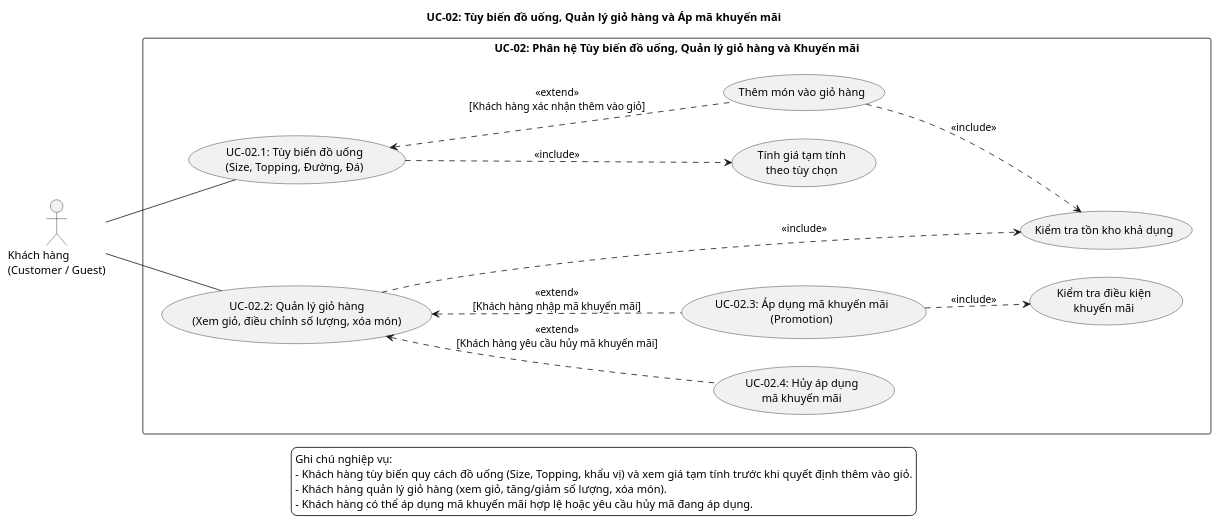
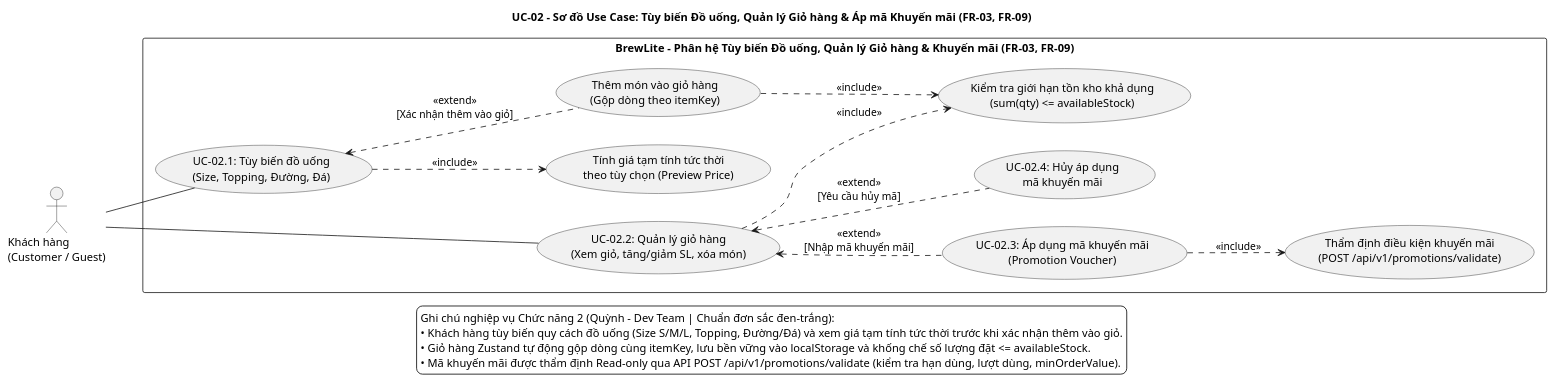
The diagram in docs/diagrams/uc-02-cart-promotion.puml (SamuiSang/brewlite2), drawn with PlantUML before and after one commit. The commit also changed 13 other files, not shown here.

Commit message:
docs(task1.2-1.3): unify SRS & Use Case specs for all 6 modules and standardize monochrome SVG diagrams

```diff
--- a/docs/diagrams/uc-02-cart-promotion.puml
+++ b/docs/diagrams/uc-02-cart-promotion.puml
@@ -1,51 +1,45 @@
 @startuml uc-02-cart-promotion
+title UC-02 - Sơ đồ Use Case: Tùy biến Đồ uống, Quản lý Giỏ hàng & Áp mã Khuyến mãi (FR-03, FR-09)
+
 left to right direction
 skinparam monochrome true
 skinparam shadowing false
-skinparam defaultFontName SansSerif
+skinparam defaultFontName "Segoe UI", "Arial", sans-serif
 skinparam backgroundColor white
 skinparam packageStyle rectangle
 
-title UC-02: Tùy biến đồ uống, Quản lý giỏ hàng và Áp mã khuyến mãi
-
 actor "Khách hàng\n(Customer / Guest)" as Customer
 
-rectangle "UC-02: Phân hệ Tùy biến đồ uống, Quản lý giỏ hàng và Khuyến mãi" {
-  together {
-    usecase "UC-02.1: Tùy biến đồ uống\n(Size, Topping, Đường, Đá)" as UC_Customize
-    usecase "Tính giá tạm tính\ntheo tùy chọn" as UC_CalcPrice
-    usecase "Thêm món vào giỏ hàng" as UC_AddToCart
-  }
-  
-  together {
-    usecase "UC-02.2: Quản lý giỏ hàng\n(Xem giỏ, điều chỉnh số lượng, xóa món)" as UC_ManageCart
-    usecase "UC-02.4: Hủy áp dụng\nmã khuyến mãi" as UC_RemovePromo
-    usecase "UC-02.3: Áp dụng mã khuyến mãi\n(Promotion)" as UC_ApplyPromo
-  }
-  
-  together {
-    usecase "Kiểm tra tồn kho khả dụng" as UC_CheckStock
-    usecase "Kiểm tra điều kiện\nkhuyến mãi" as UC_ValidatePromo
-  }
+rectangle "BrewLite - Phân hệ Tùy biến Đồ uống, Quản lý Giỏ hàng & Khuyến mãi (FR-03, FR-09)" {
+  usecase "UC-02.1: Tùy biến đồ uống\n(Size, Topping, Đường, Đá)" as UC_Customize
+  usecase "Tính giá tạm tính tức thời\ntheo tùy chọn (Preview Price)" as UC_CalcPrice
+  usecase "Thêm món vào giỏ hàng\n(Gộp dòng theo itemKey)" as UC_AddToCart
+
+  usecase "UC-02.2: Quản lý giỏ hàng\n(Xem giỏ, tăng/giảm SL, xóa món)" as UC_ManageCart
+  usecase "UC-02.3: Áp dụng mã khuyến mãi\n(Promotion Voucher)" as UC_ApplyPromo
+  usecase "UC-02.4: Hủy áp dụng\nmã khuyến mãi" as UC_RemovePromo
+
+  usecase "Kiểm tra giới hạn tồn kho khả dụng\n(sum(qty) <= availableStock)" as UC_CheckStock
+  usecase "Thẩm định điều kiện khuyến mãi\n(POST /api/v1/promotions/validate)" as UC_ValidatePromo
 
   Customer -- UC_Customize
   Customer -- UC_ManageCart
 
   UC_Customize ..> UC_CalcPrice : <<include>>
-  UC_Customize <.. UC_AddToCart : <<extend>>\n[Khách hàng xác nhận thêm vào giỏ]
+  UC_Customize <.. UC_AddToCart : <<extend>>\n[Xác nhận thêm vào giỏ]
   UC_AddToCart ..> UC_CheckStock : <<include>>
 
   UC_ManageCart ..> UC_CheckStock : <<include>>
-  UC_ManageCart <.. UC_RemovePromo : <<extend>>\n[Khách hàng yêu cầu hủy mã khuyến mãi]
-  UC_ManageCart <.. UC_ApplyPromo : <<extend>>\n[Khách hàng nhập mã khuyến mãi]
-  
+  UC_ManageCart <.. UC_ApplyPromo : <<extend>>\n[Nhập mã khuyến mãi]
+  UC_ManageCart <.. UC_RemovePromo : <<extend>>\n[Yêu cầu hủy mã]
+
   UC_ApplyPromo ..> UC_ValidatePromo : <<include>>
 }
 
 legend bottom
-  Ghi chú nghiệp vụ:
-  - Khách hàng tùy biến quy cách đồ uống (Size, Topping, khẩu vị) và xem giá tạm tính trước khi quyết định thêm vào giỏ.
-  - Khách hàng quản lý giỏ hàng (xem giỏ, tăng/giảm số lượng, xóa món).
-  - Khách hàng có thể áp dụng mã khuyến mãi hợp lệ hoặc yêu cầu hủy mã đang áp dụng.
+  Ghi chú nghiệp vụ Chức năng 2 (Quỳnh - Dev Team | Chuẩn đơn sắc đen-trắng):
+  • Khách hàng tùy biến quy cách đồ uống (Size S/M/L, Topping, Đường/Đá) và xem giá tạm tính tức thời trước khi xác nhận thêm vào giỏ.
+  • Giỏ hàng Zustand tự động gộp dòng cùng itemKey, lưu bền vững vào localStorage và khống chế số lượng đặt <= availableStock.
+  • Mã khuyến mãi được thẩm định Read-only qua API POST /api/v1/promotions/validate (kiểm tra hạn dùng, lượt dùng, minOrderValue).
 endlegend
 @enduml
```
